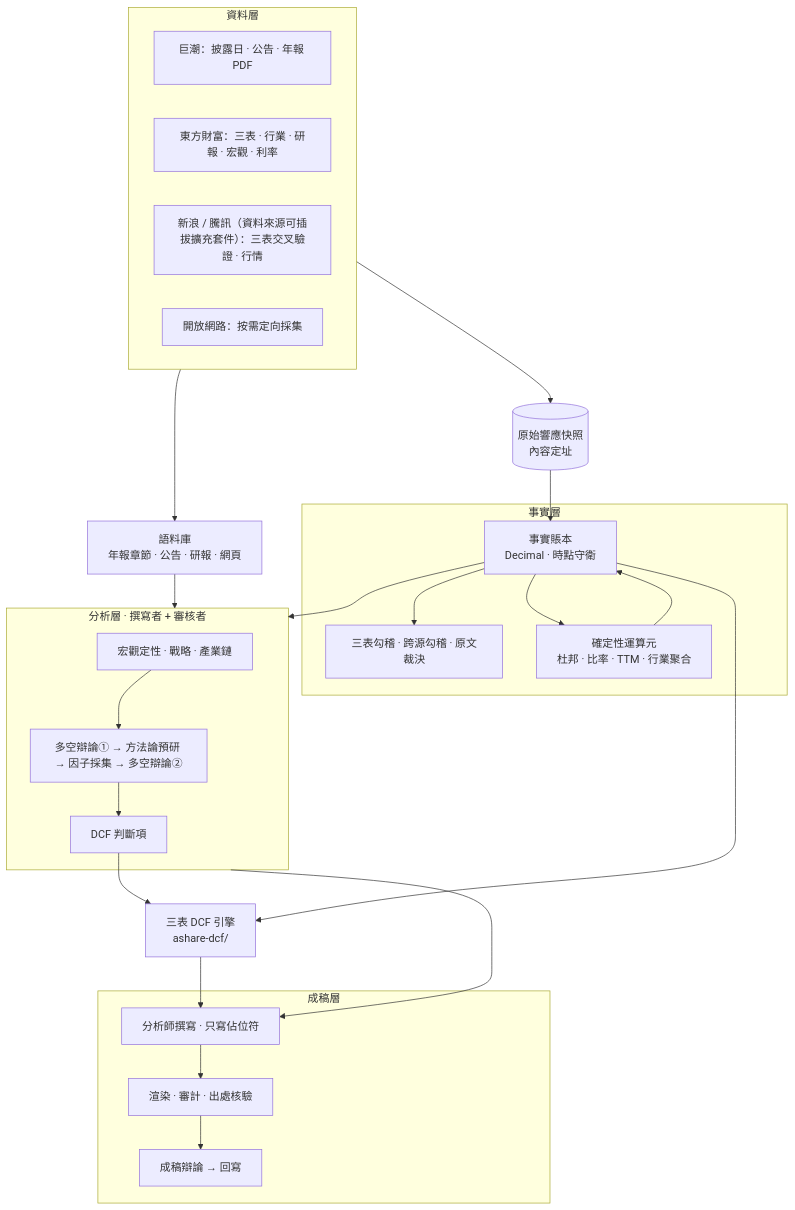
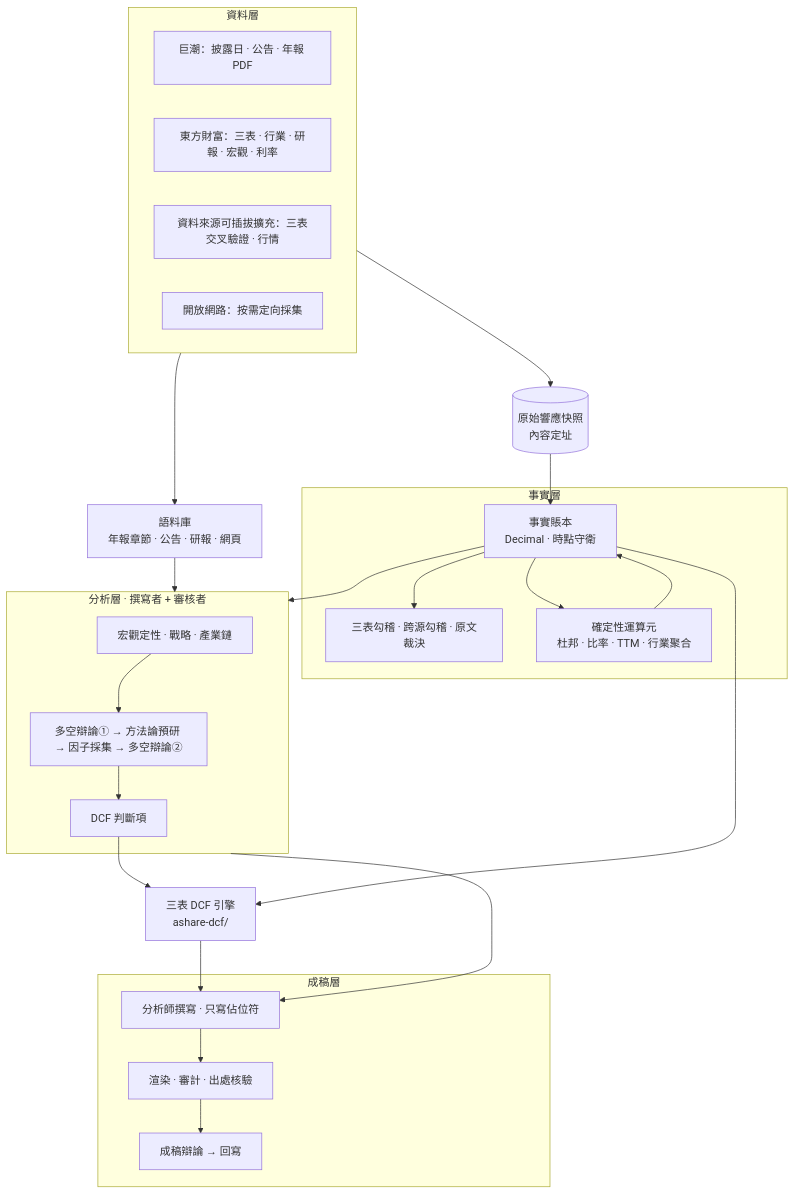
Before and after one commit to 928460495/ir-agent: the first of 3 diagrams in README.zh-TW.md, drawn with Mermaid. The commit also changed other lines of this file and 8 other files, not shown here.

````diff
--- a/README.zh-TW.md
+++ b/README.zh-TW.md
@@ -37,37 +37,37 @@
 ```mermaid
 flowchart TB
     subgraph S["資料層"]
         S1["巨潮：披露日 · 公告 · 年報 PDF"]
         S2["東方財富：三表 · 行業 · 研報 · 宏觀 · 利率"]
-        S3["新浪 / 騰訊（資料來源可插拔擴充套件）：三表交叉驗證 · 行情"]
+        S3["資料來源可插拔擴充：三表交叉驗證 · 行情"]
         S4["開放網路：按需定向採集"]
     end
     SNAP[("原始響應快照<br/>內容定址")]
     subgraph F["事實層"]
         L["事實賬本<br/>Decimal · 時點守衛"]
         V["三表勾稽 · 跨源勾稽 · 原文裁決"]
         O["確定性運算元<br/>杜邦 · 比率 · TTM · 行業聚合"]
     end
     C["語料庫<br/>年報章節 · 公告 · 研報 · 網頁"]
     subgraph A["分析層 · 撰寫者 + 審核者"]
         A1["宏觀定性 · 戰略 · 產業鏈"]
         A2["多空辯論① → 方法論預研 → 因子採集 → 多空辯論②"]
         A3["DCF 判斷項"]
     end
     DCF["三表 DCF 引擎<br/>ashare-dcf/"]
     subgraph R["成稿層"]
         R1["分析師撰寫 · 只寫佔位符"]
         R2["渲染 · 審計 · 出處核驗"]
         R3["成稿辯論 → 回寫"]
     end
     S --> SNAP --> L
     L --> V
     L --> O --> L
     S --> C
     L --> A
     C --> A
     A1 --> A2 --> A3 --> DCF
     L --> DCF
     A --> R1 --> R2 --> R3
     DCF --> R1
 ```
````
